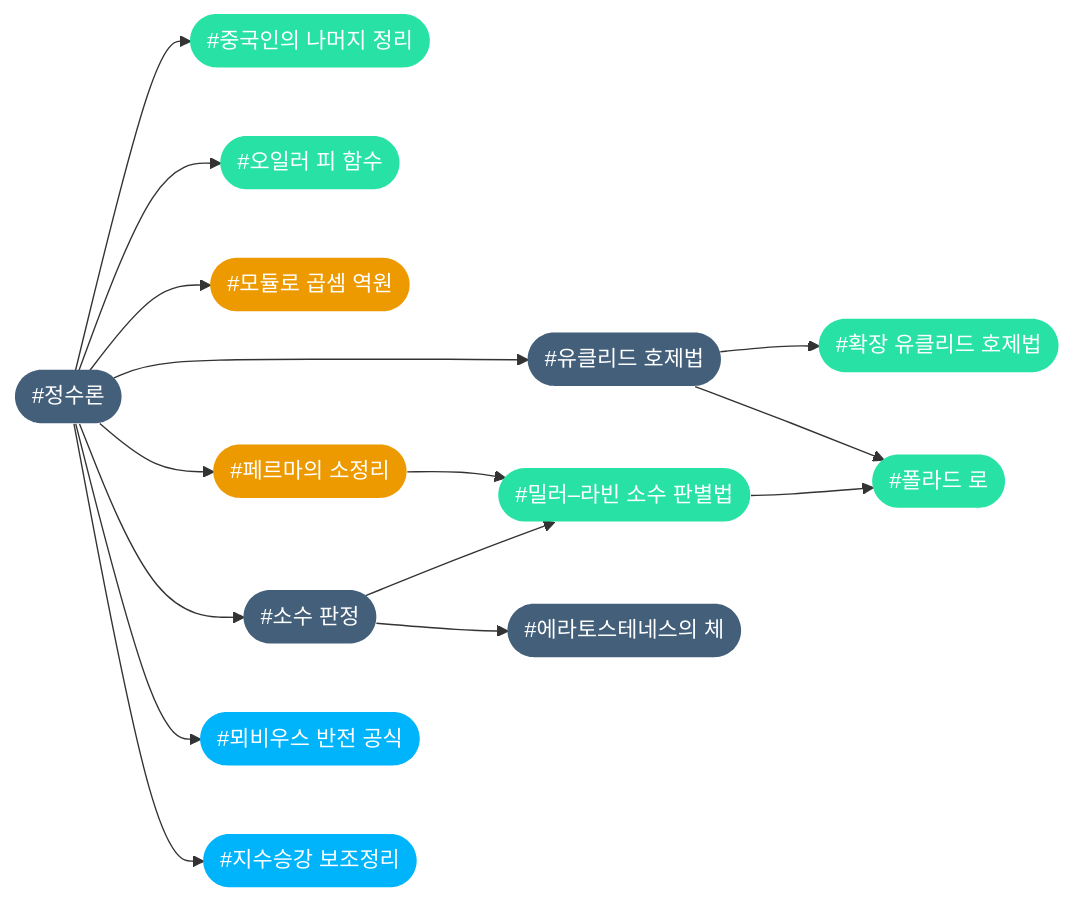
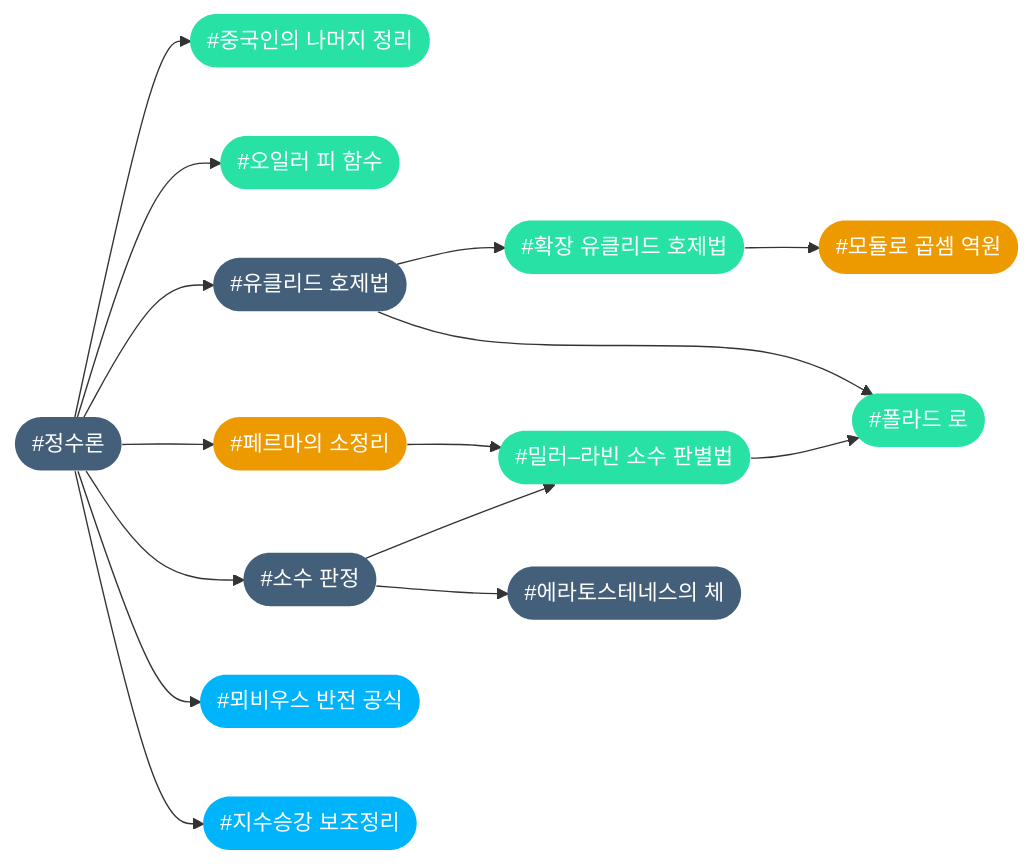
Diagram 11 of 14 in index.md (CHOYUNSIG/algorithm_with_boj), drawn with Mermaid before and after one commit.

Commit message:
태그 연결성 수정

```diff
--- a/index.md
+++ b/index.md
@@ -598,39 +598,39 @@
 <pre class="mermaid">
     graph LR
 
     #number_theory --> #crt
     #number_theory --> #euler_phi
-    #number_theory --> #modular_multiplicative_inverse
     #number_theory --> #euclidean
     #number_theory --> #flt
     #number_theory --> #primality_test
     #number_theory --> #mobius_inversion
     #number_theory --> #lte
     #primality_test --> #miller_rabin
     #primality_test --> #sieve
     #flt --> #miller_rabin
     #euclidean --> #extended_euclidean
     #euclidean --> #pollard_rho
     #miller_rabin --> #pollard_rho
+    #extended_euclidean --> #modular_multiplicative_inverse
 
     #modular_multiplicative_inverse(["#모듈로 곱셈 역원"]):::tier2
     #mobius_inversion(["#뫼비우스 반전 공식"]):::tier4
     #miller_rabin(["#밀러–라빈 소수 판별법"]):::tier3
     #primality_test(["#소수 판정"]):::tier1
     #sieve(["#에라토스테네스의 체"]):::tier1
     #euler_phi(["#오일러 피 함수"]):::tier3
     #euclidean(["#유클리드 호제법"]):::tier1
     #number_theory(["#정수론"]):::tier1
     #crt(["#중국인의 나머지 정리"]):::tier3
     #lte(["#지수승강 보조정리"]):::tier4
     #flt(["#페르마의 소정리"]):::tier2
     #pollard_rho(["#폴라드 로"]):::tier3
     #extended_euclidean(["#확장 유클리드 호제법"]):::tier3
 
     classDef tier0 fill:#ad5600, color:#fff, stroke:#0000
     classDef tier1 fill:#435f7a, color:#fff, stroke:#0000
     classDef tier2 fill:#ec9a00, color:#fff, stroke:#0000
     classDef tier3 fill:#27e2a4, color:#fff, stroke:#0000
     classDef tier4 fill:#00b4fc, color:#fff, stroke:#0000
     classDef tier5 fill:#ff0062, color:#fff, stroke:#0000
 </pre>
```
